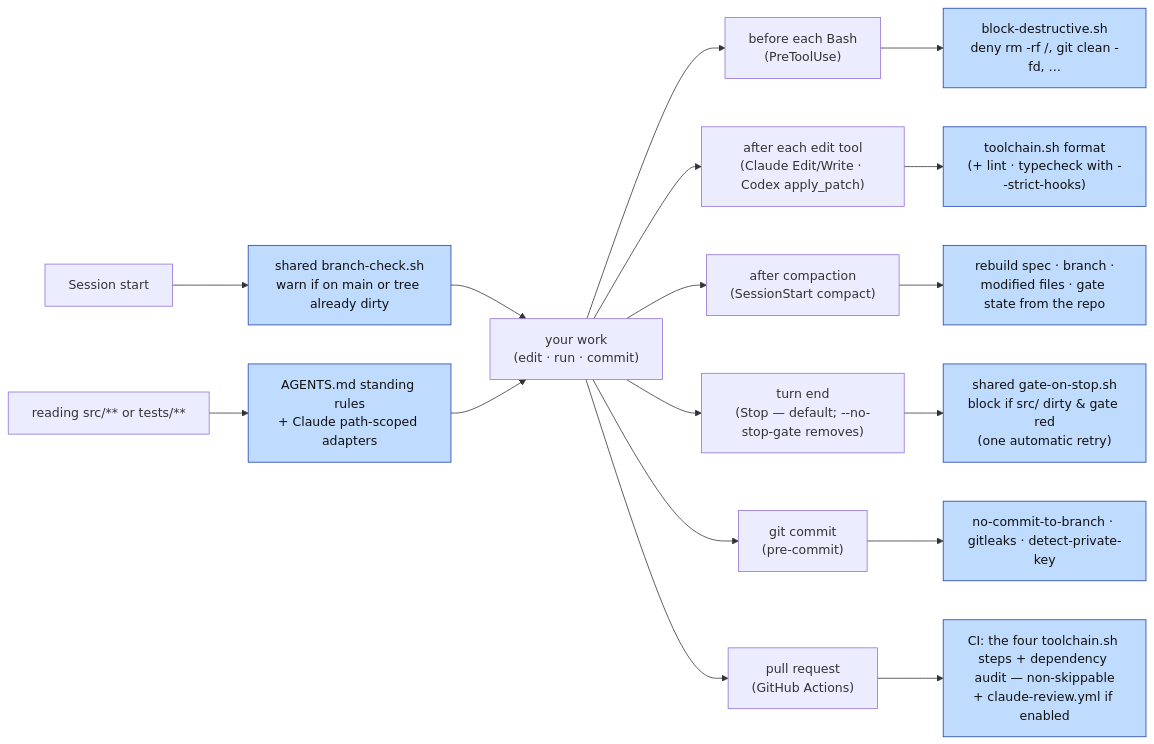
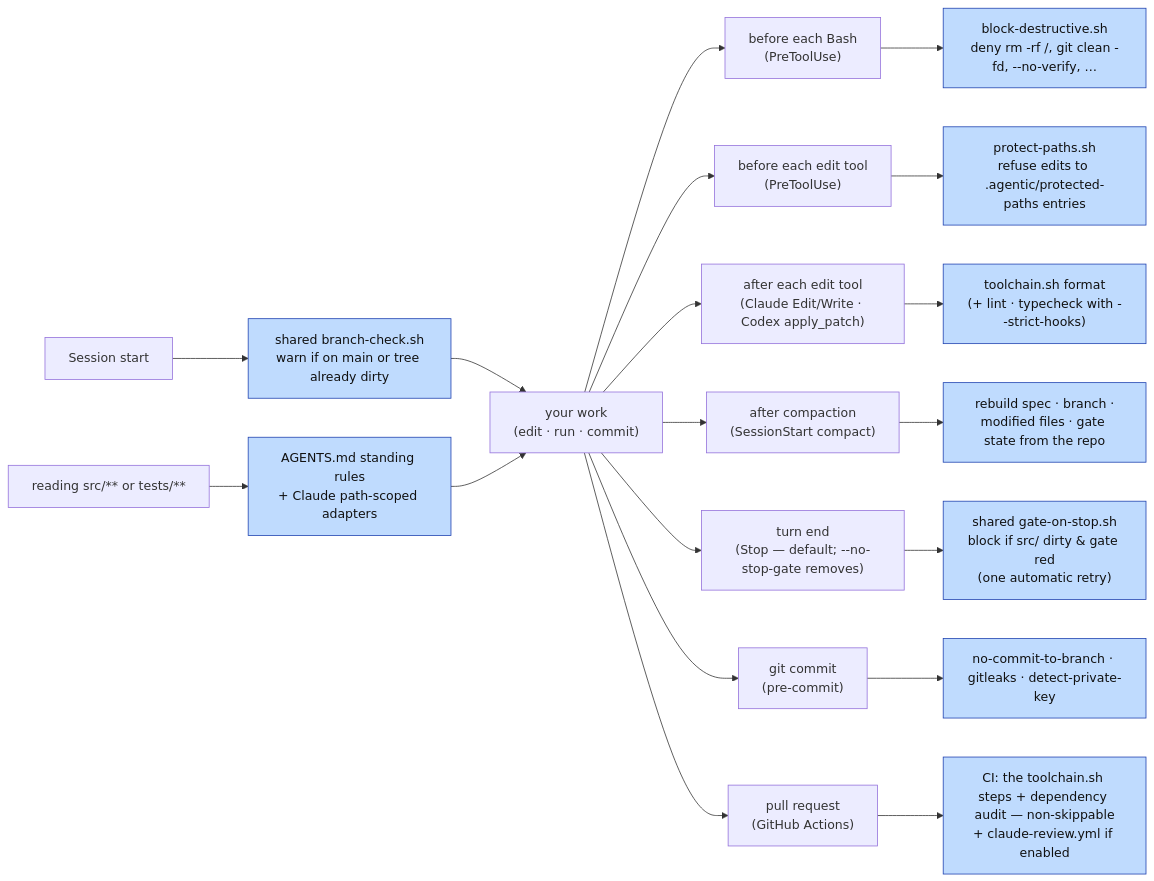
One commit to bbirkinbine/agentic-scaffold changed the fourth of 6 diagrams in python/docs/workflow-diagram.md. Above: the diagram before and after it, drawn with Mermaid. The commit also changed other lines of this file and 114 other files, not shown here.

````diff
--- a/python/docs/workflow-diagram.md
+++ b/python/docs/workflow-diagram.md
@@ -175,15 +175,16 @@
 ```mermaid
 flowchart LR
     W["your work<br/>(edit · run · commit)"]
     SS["Session start"] --> SSb["shared branch-check.sh<br/>warn if on main or tree already dirty"] --> W
     RL["reading src/** or tests/**"] --> RLb["AGENTS.md standing rules<br/>+ Claude path-scoped adapters"] --> W
-    W --> PRE["before each Bash<br/>(PreToolUse)"] --> PREb["block-destructive.sh<br/>deny rm -rf /, git clean -fd, …"]
+    W --> PRE["before each Bash<br/>(PreToolUse)"] --> PREb["block-destructive.sh<br/>deny rm -rf /, git clean -fd, --no-verify, …"]
+    W --> PREP["before each edit tool<br/>(PreToolUse)"] --> PREPb["protect-paths.sh<br/>refuse edits to .agentic/protected-paths entries"]
     W --> POST["after each edit tool<br/>(Claude Edit/Write · Codex apply_patch)"] --> POSTb["toolchain.sh format<br/>(+ lint · typecheck with --strict-hooks)"]
     W --> CMP["after compaction<br/>(SessionStart compact)"] --> CMPb["rebuild spec · branch ·<br/>modified files · gate state from the repo"]
     W --> STOP["turn end<br/>(Stop — default; --no-stop-gate removes)"] --> STOPb["shared gate-on-stop.sh<br/>block if src/ dirty & gate red<br/>(one automatic retry)"]
     W --> PC["git commit<br/>(pre-commit)"] --> PCb["no-commit-to-branch · gitleaks · detect-private-key"]
-    W --> CIp["pull request<br/>(GitHub Actions)"] --> CIb["CI: the four toolchain.sh steps + dependency audit — non-skippable<br/>+ claude-review.yml if enabled"]
+    W --> CIp["pull request<br/>(GitHub Actions)"] --> CIb["CI: the toolchain.sh steps + dependency audit — non-skippable<br/>+ claude-review.yml if enabled"]
 
     classDef auto fill:#bfdbfe,stroke:#1e40af,color:#111;
-    class SSb,RLb,PREb,POSTb,CMPb,STOPb,PCb,CIb auto;
+    class SSb,RLb,PREb,PREPb,POSTb,CMPb,STOPb,PCb,CIb auto;
 ```
````
